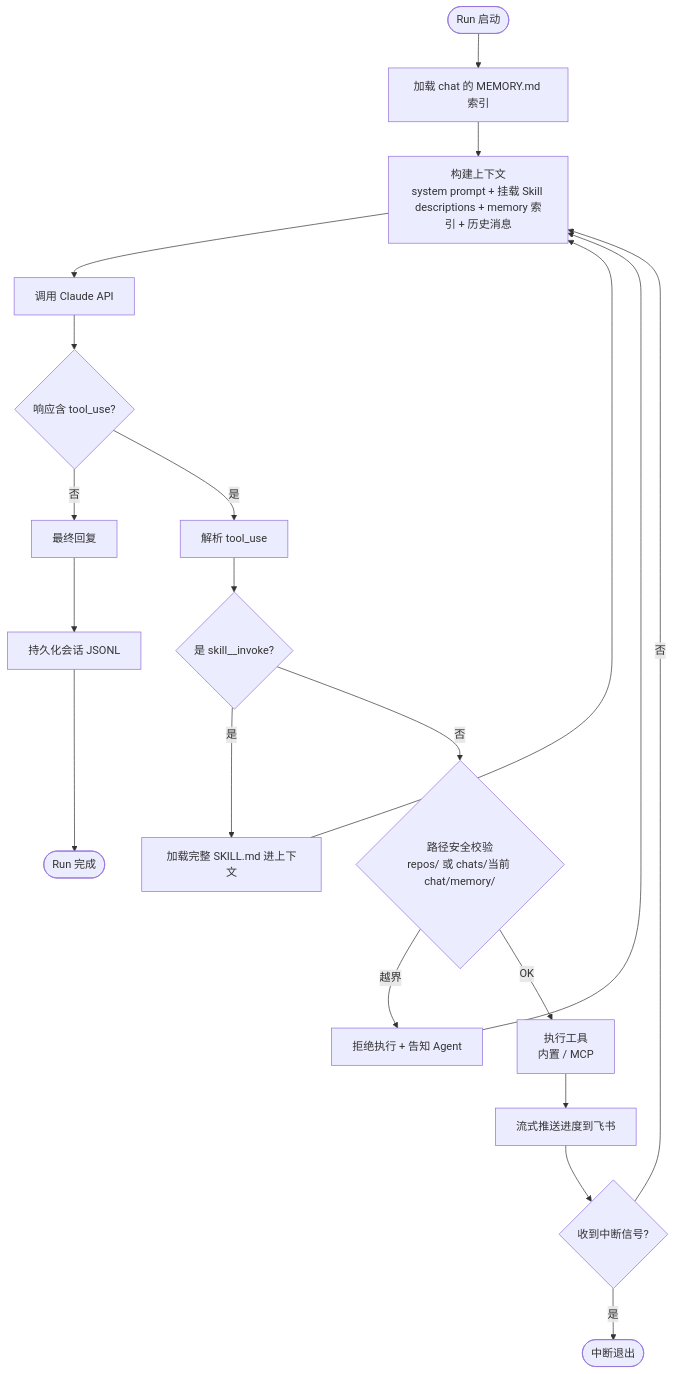
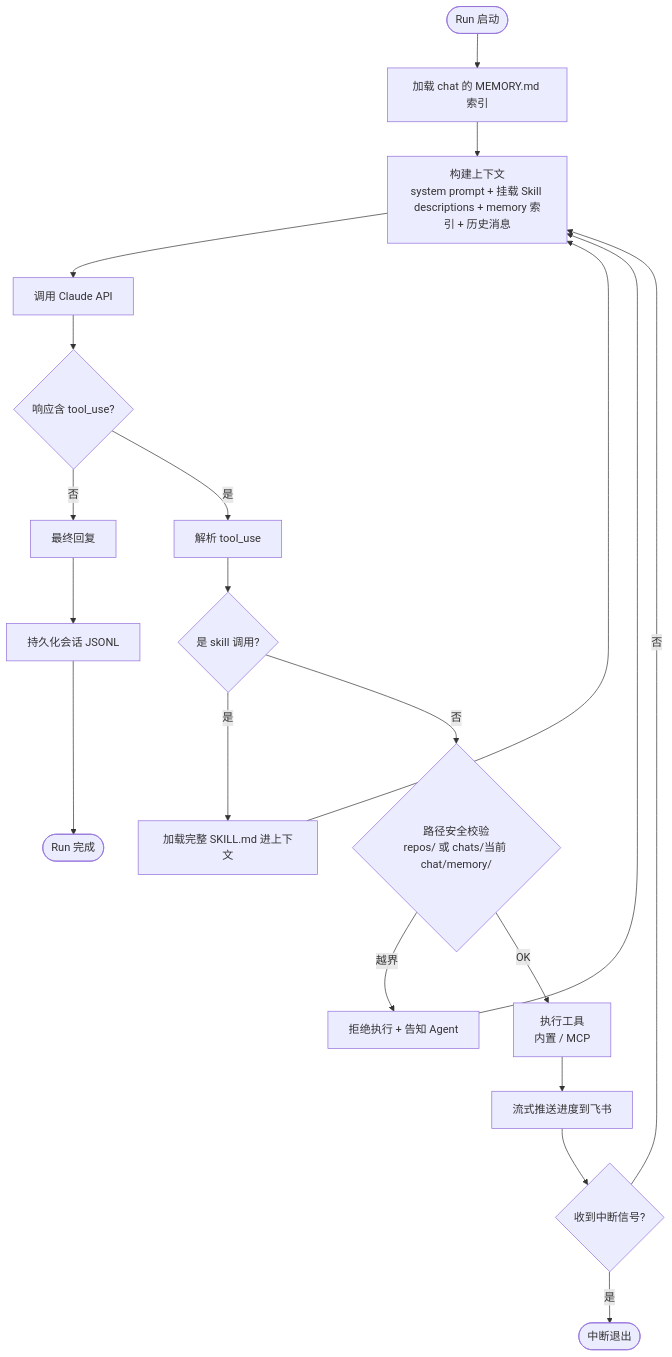
Before and after one commit to cxshun/code-forge: the sixth of 11 diagrams in docs/design.md, drawn with Mermaid. The commit also changed other lines of this file and 3 other files, not shown here.

````diff
--- a/docs/design.md
+++ b/docs/design.md
@@ -866,22 +1140,22 @@
 ```mermaid
 flowchart TD
     Start([Run 启动]) --> LoadMem[加载 chat 的 MEMORY.md 索引]
     LoadMem --> BuildCtx[构建上下文<br/>system prompt + 挂载 Skill descriptions + memory 索引 + 历史消息]
     BuildCtx --> CallAPI[调用 Claude API]
     CallAPI --> HasTool{响应含 tool_use?}
     HasTool -- 否 --> Final[最终回复]
     HasTool -- 是 --> Parse[解析 tool_use]
-    Parse --> CheckSkill{是 skill__invoke?}
+    Parse --> CheckSkill{是 skill 调用?}
     CheckSkill -- 是 --> LoadSkill[加载完整 SKILL.md 进上下文]
     LoadSkill --> BuildCtx
     CheckSkill -- 否 --> CheckPath{路径安全校验<br/>repos/ 或 chats/当前 chat/memory/}
     CheckPath -- 越界 --> Refuse[拒绝执行 + 告知 Agent]
     Refuse --> BuildCtx
     CheckPath -- OK --> Exec[执行工具<br/>内置 / MCP]
     Exec --> Push[流式推送进度到飞书]
     Push --> CheckInterrupt{收到中断信号?}
     CheckInterrupt -- 是 --> Abort([中断退出])
     CheckInterrupt -- 否 --> BuildCtx
     Final --> Persist[持久化会话 JSONL]
     Persist --> Done([Run 完成])
 ```
````
